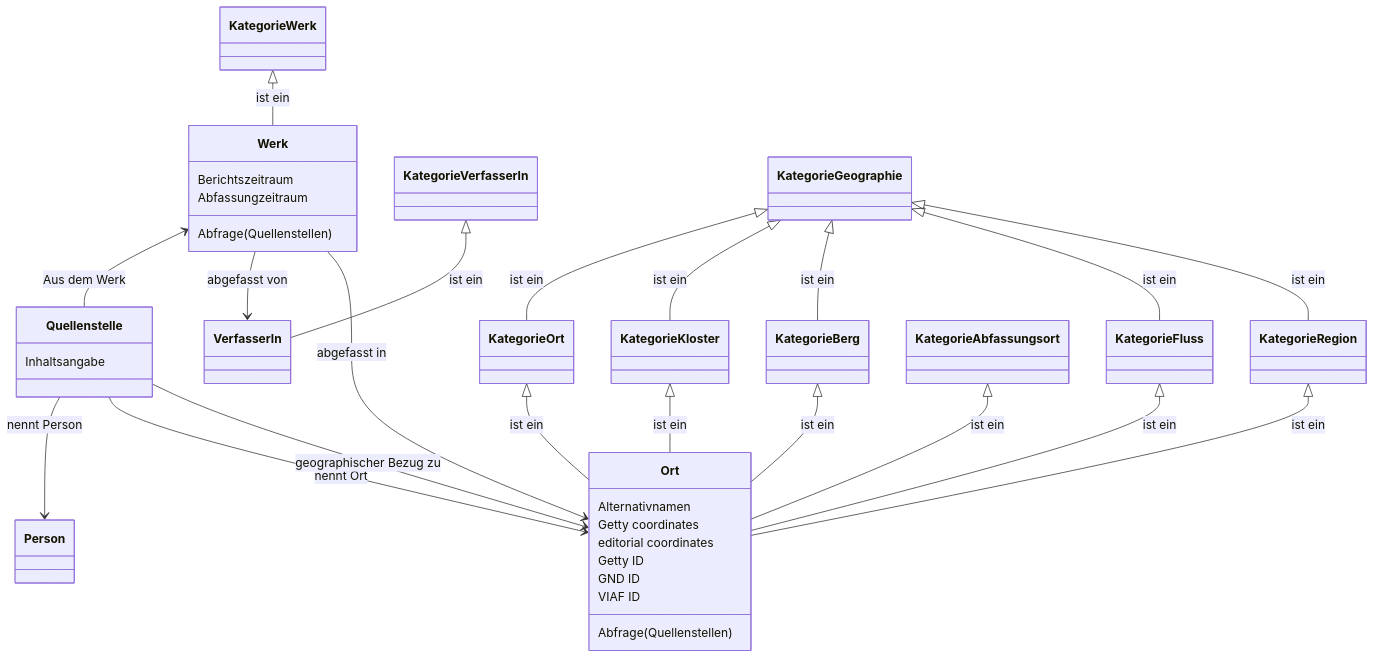
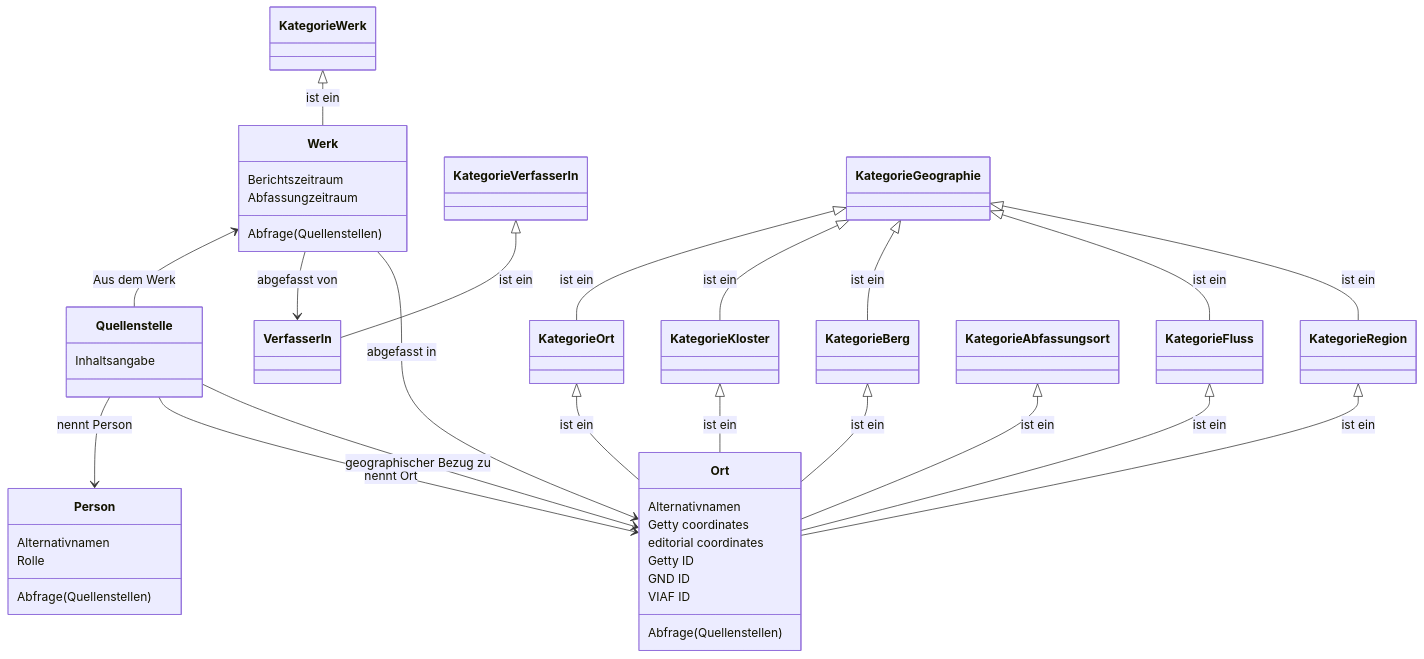
The diagram in datenmodell/Readme.MD (cceh/sarazenen-wiki), drawn with Mermaid before and after one commit.

````diff
--- a/datenmodell/Readme.MD
+++ b/datenmodell/Readme.MD
@@ -1,65 +1,68 @@
 ```mermaid
 
 classDiagram
 
     class KategorieWerk
     KategorieWerk <|-- Werk : ist ein 
     
     cass KategorieVerfasserIn
     KategorieVerfasserIn <|-- VerfasserIn : ist ein 
     
     class KategorieGeographie
     KategorieGeographie <|-- KategorieOrt: ist ein
     KategorieGeographie <|-- KategorieKloster: ist ein
     KategorieGeographie <|-- KategorieBerg: ist ein
     KategorieGeographie <|-- KategorieFluss: ist ein
     KategorieGeographie <|-- KategorieRegion: ist ein
     
     class KategorieOrt
     KategorieOrt <|-- Ort : ist ein 
     
     class KategorieKloster
     KategorieKloster <|-- Ort : ist ein 
     
     class KategorieBerg
     KategorieBerg <|-- Ort : ist ein 
     
     class KategorieFluss
     KategorieFluss <|-- Ort : ist ein 
     
     class KategorieRegion
     KategorieRegion <|-- Ort : ist ein
     
     class KategorieAbfassungsort
     KategorieAbfassungsort <|-- Ort : ist ein 
     
     class Werk
     Werk: Berichtszeitraum 
     Werk: Abfassungzeitraum
     Werk <-- Quellenstelle : Aus dem Werk
     Werk --> VerfasserIn : abgefasst von
     Werk --> Ort : abgefasst in
     Werk: Abfrage(Quellenstellen)
     
     class VerfasserIn
 
     class Quellenstelle
     Quellenstelle: Inhaltsangabe
     Quellenstelle --> Person : nennt Person
     Quellenstelle --> Ort : nennt Ort  
     Quellenstelle --> Ort : geographischer Bezug zu 
 
     class Person
+    Person: Alternativnamen
+    Person: Rolle
+    Person: Abfrage(Quellenstellen)
 
     class Ort
     Ort: Alternativnamen
     Ort: Getty coordinates
     Ort: editorial coordinates
     Ort: Getty ID
     Ort: GND ID
     Ort: VIAF ID
     Ort: Abfrage(Quellenstellen)
     
 end
 
 ```
````
